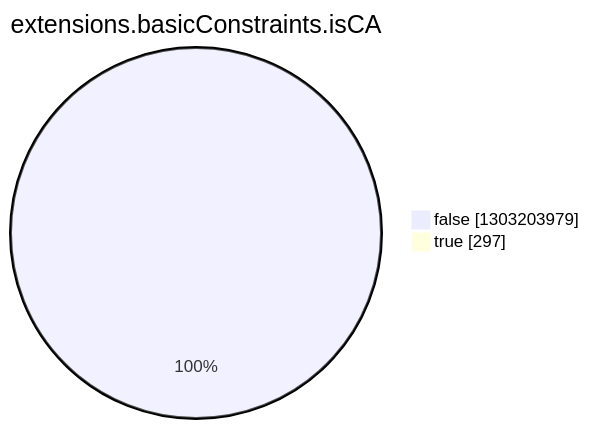
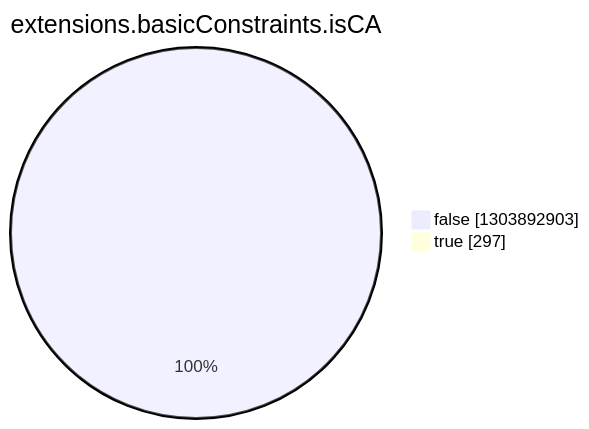
Before and after one commit to christiankrug/ctmonitor_visualization: the eighth of 15 diagrams in argon2022/README.md, drawn with Mermaid. The commit also changed other lines of this file, not shown here.

````diff
--- a/argon2022/README.md
+++ b/argon2022/README.md
@@ -2757,6 +2757,6 @@
 ```mermaid
 pie showData
 title extensions.basicConstraints.isCA
-"false" :1303203979
+"false" :1303892903
 "true" :297
 ```
````
